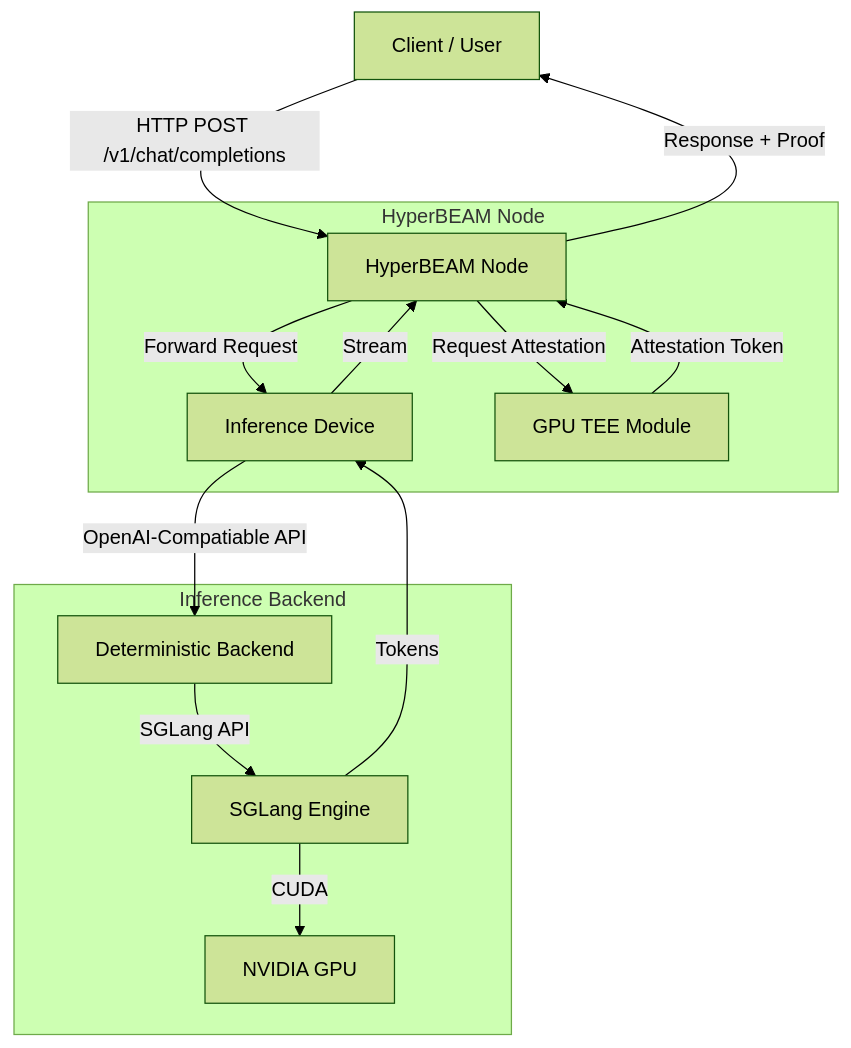
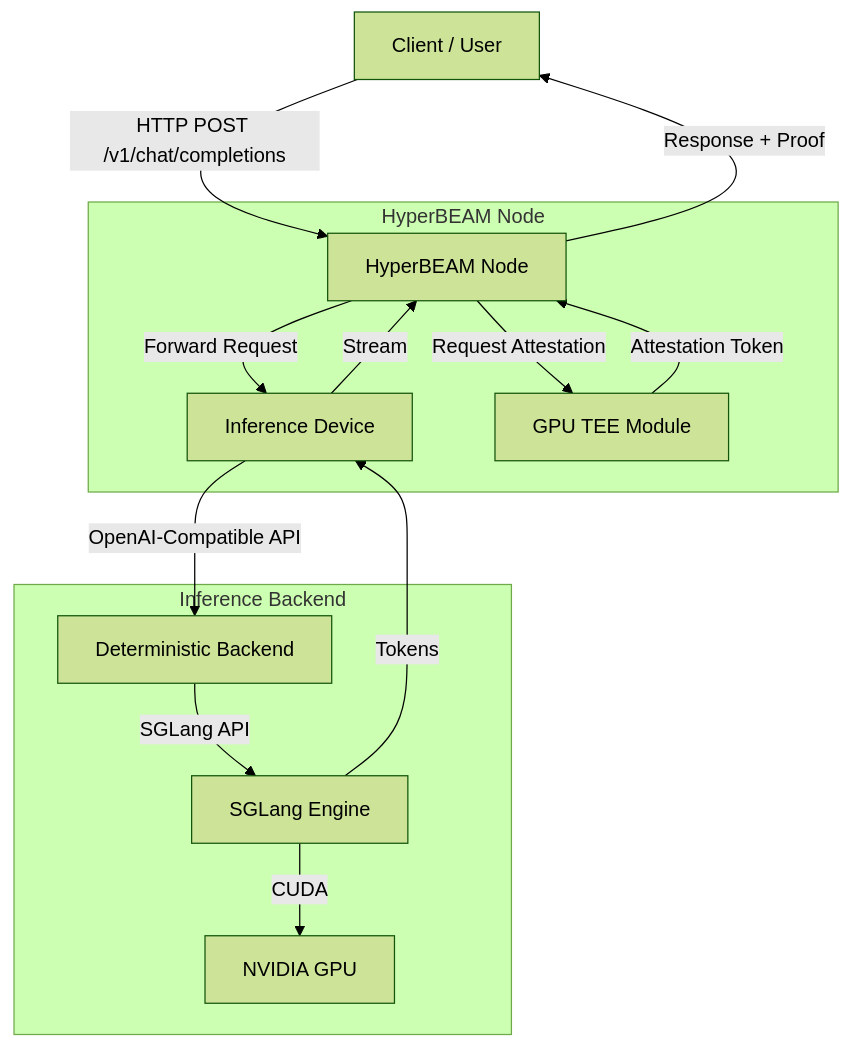
Before and after one commit to apuslabs/docs: the first of 2 diagrams in inference/core-concepts.mdx, drawn with Mermaid (forest theme). The commit also changed other lines of this file and 4 other files, not shown here.

````diff
--- a/inference/core-concepts.mdx
+++ b/inference/core-concepts.mdx
@@ -23,20 +23,20 @@
 ```mermaid
 graph TD
     Client[Client / User] -->|HTTP POST /v1/chat/completions| Node[HyperBEAM Node]
-    
+
     subgraph "HyperBEAM Node"
         Node -->|Forward Request| Proxy[Inference Device]
         Node -->|Request Attestation| TEE[GPU TEE Module]
     end
-    
+
     subgraph "Inference Backend"
-        Proxy -->|OpenAI-Compatiable API| SGLang[Deterministic Backend]
+        Proxy -->|OpenAI-Compatible API| SGLang[Deterministic Backend]
         SGLang -->|SGLang API| Engine[SGLang Engine]
         Engine -->|CUDA| GPU[NVIDIA GPU]
     end
-    
+
     Engine -->|Tokens| Proxy
     Proxy -->|Stream| Node
     TEE -->|Attestation Token| Node
     Node -->|Response + Proof| Client
 ```
````
